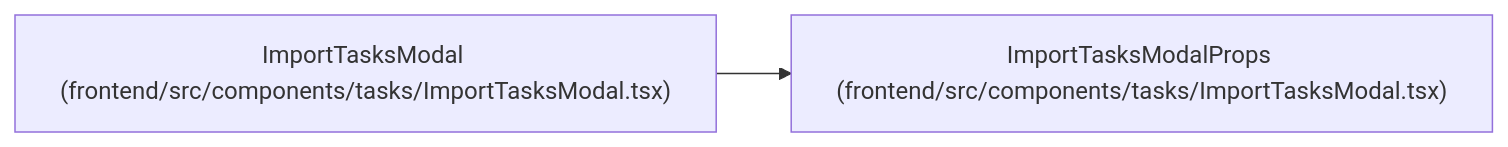
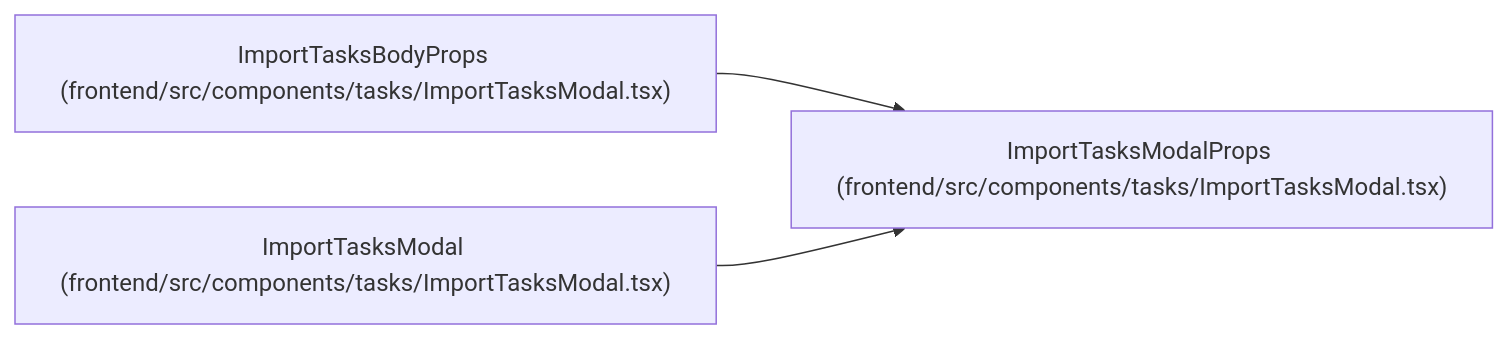
One commit to Denissvgn/WorkChord changed the diagram in docs/llm_wiki/entities/ImportTasksModalProps.md. Above: the diagram before and after it, drawn with Mermaid. The commit also changed other lines of this file and 6624 other files, not shown here.

````diff
--- a/docs/llm_wiki/entities/ImportTasksModalProps.md
+++ b/docs/llm_wiki/entities/ImportTasksModalProps.md
@@ -26,8 +26,11 @@
 ```mermaid
 flowchart LR
     n0["ImportTasksModalProps (frontend/src/components/tasks/ImportTasksModal.tsx)"]
-    n1["ImportTasksModal (frontend/src/components/tasks/ImportTasksModal.tsx)"]
+    n1["ImportTasksBodyProps (frontend/src/components/tasks/ImportTasksModal.tsx)"]
+    n2["ImportTasksModal (frontend/src/components/tasks/ImportTasksModal.tsx)"]
     n1 --> n0
+    n2 --> n0
     click n0 "../modules/ImportTasksModal.md"
     click n1 "../modules/ImportTasksModal.md"
+    click n2 "../modules/ImportTasksModal.md"
 ```
````
